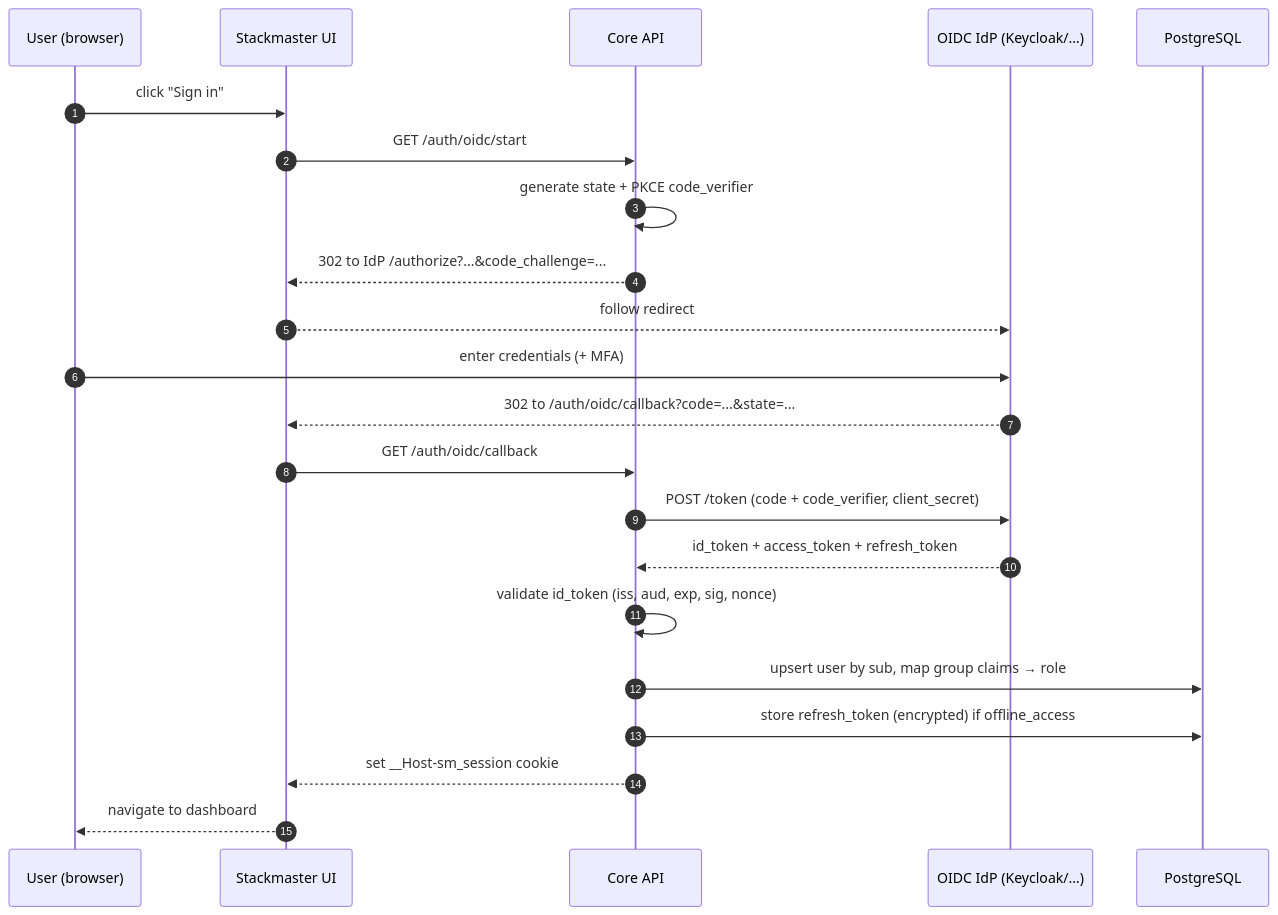
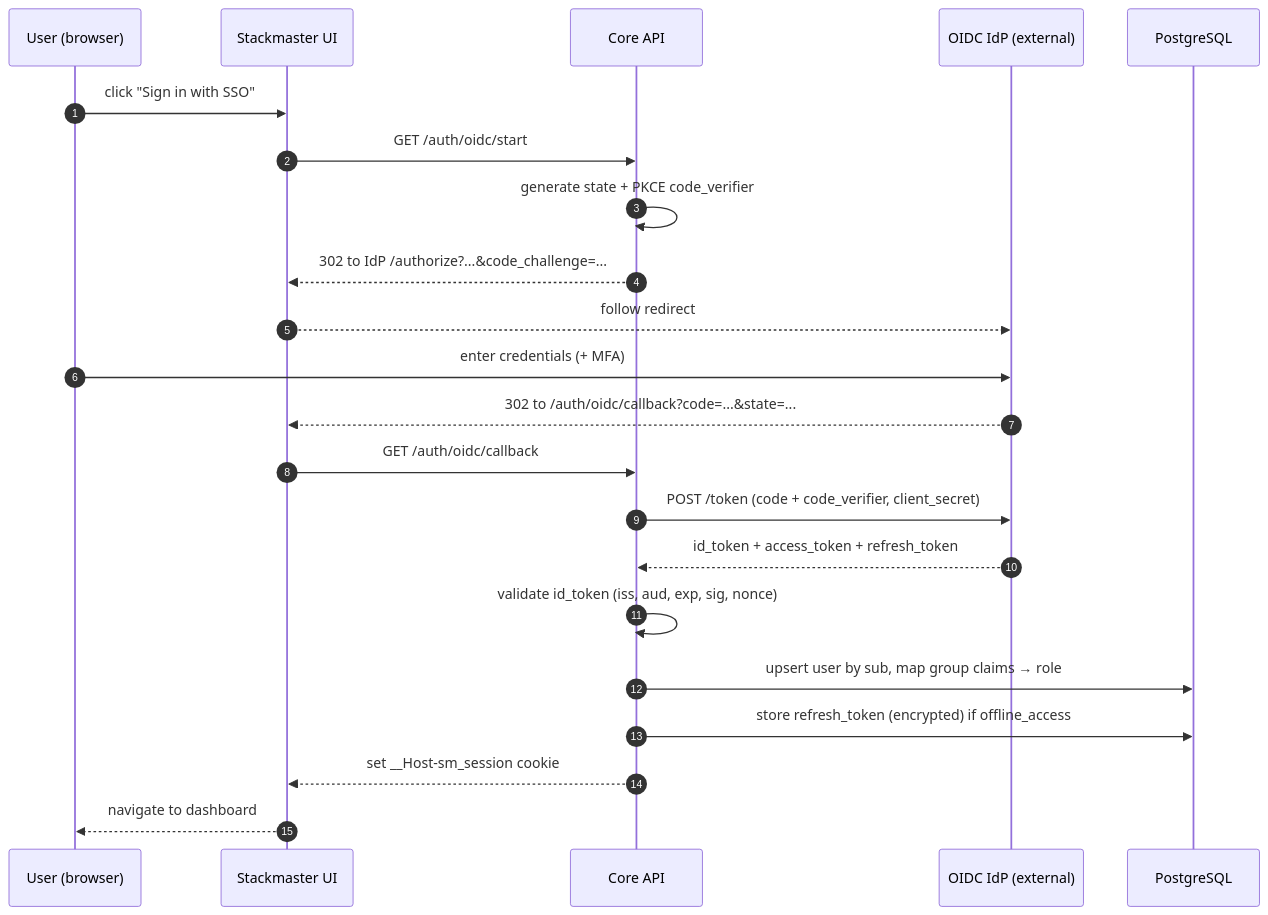
One commit to VoltKraft/Stackmaster changed the diagram in docs/AUTH.md. Above: the diagram before and after it, drawn with Mermaid. The commit also changed other lines of this file and 22 other files, not shown here.

````diff
--- a/docs/AUTH.md
+++ b/docs/AUTH.md
@@ -28,25 +106,25 @@
 ```mermaid
 sequenceDiagram
   autonumber
   participant U as User (browser)
   participant UI as Stackmaster UI
   participant API as Core API
-  participant IDP as OIDC IdP (Keycloak/…)
+  participant IDP as OIDC IdP (external)
   participant DB as PostgreSQL
 
-  U->>UI: click "Sign in"
+  U->>UI: click "Sign in with SSO"
   UI->>API: GET /auth/oidc/start
   API->>API: generate state + PKCE code_verifier
   API-->>UI: 302 to IdP /authorize?...&code_challenge=...
   UI-->>IDP: follow redirect
   U->>IDP: enter credentials (+ MFA)
   IDP-->>UI: 302 to /auth/oidc/callback?code=...&state=...
   UI->>API: GET /auth/oidc/callback
   API->>IDP: POST /token (code + code_verifier, client_secret)
   IDP-->>API: id_token + access_token + refresh_token
   API->>API: validate id_token (iss, aud, exp, sig, nonce)
   API->>DB: upsert user by sub, map group claims → role
   API->>DB: store refresh_token (encrypted) if offline_access
   API-->>UI: set __Host-sm_session cookie
   UI-->>U: navigate to dashboard
 ```
````
